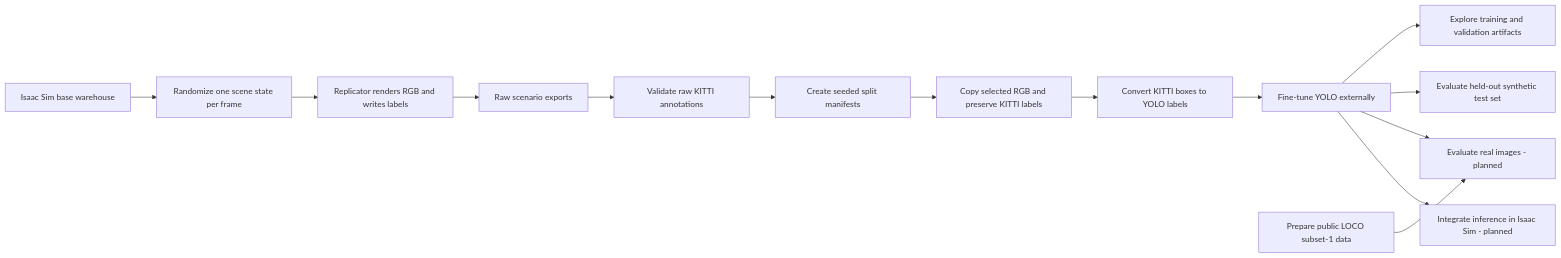
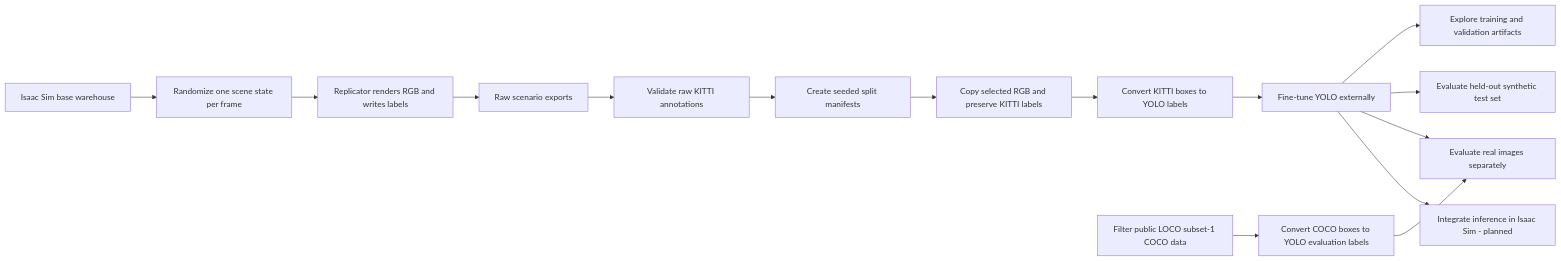
The diagram in README.md (Gallections/issac-sim-pallet-jack-perception), drawn with Mermaid before and after one commit. The commit also changed other lines of this file and 16 other files, not shown here.

Commit message:
feat: finish evaluation on real dataset with model trained from experiment 1

````diff
--- a/README.md
+++ b/README.md
@@ -26,16 +26,16 @@
 ```mermaid
 flowchart LR
     A[Isaac Sim base warehouse] --> B[Randomize one scene state per frame]
     B --> C[Replicator renders RGB and writes labels]
     C --> D[Raw scenario exports]
     D --> E[Validate raw KITTI annotations]
     E --> F[Create seeded split manifests]
     F --> G[Copy selected RGB and preserve KITTI labels]
     G --> H[Convert KITTI boxes to YOLO labels]
     H --> I[Fine-tune YOLO externally]
     I --> J[Explore training and validation artifacts]
     I --> K[Evaluate held-out synthetic test set]
-    L[Prepare public LOCO subset-1 data] --> N[Evaluate real images - planned]
+    L[Filter public LOCO subset-1 COCO data] --> O[Convert COCO boxes to YOLO evaluation labels] --> N[Evaluate real images separately]
     I --> N
     I --> M[Integrate inference in Isaac Sim - planned]
 ```
````
